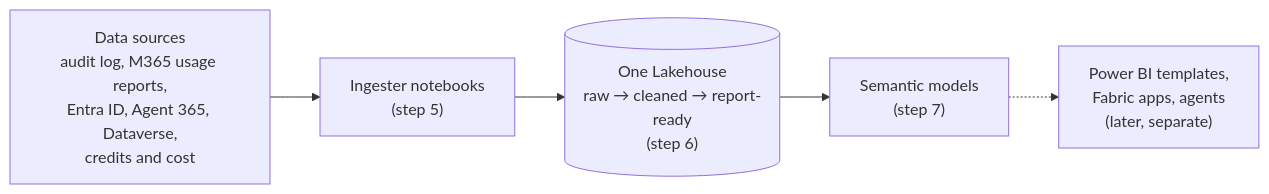
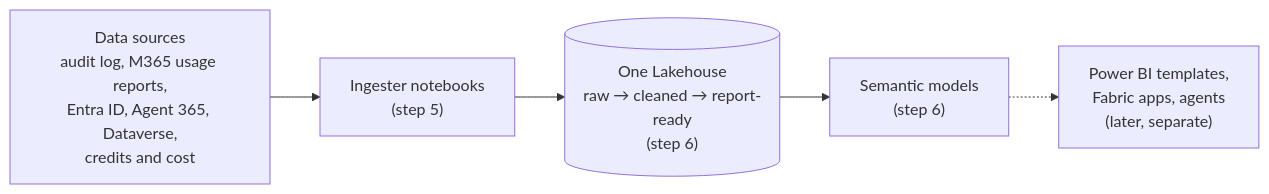
One commit to microsoft/universal-lake changed the diagram in README.md. Above: the diagram before and after it, drawn with Mermaid. The commit also changed other lines of this file and 29 other files, not shown here.

````diff
--- a/README.md
+++ b/README.md
@@ -15,7 +15,7 @@
 ```mermaid
 flowchart LR
   S["Data sources<br/>audit log, M365 usage reports,<br/>Entra ID, Agent 365, Dataverse,<br/>credits and cost"] --> N["Ingester notebooks<br/>(step 5)"]
   N --> L[("One Lakehouse<br/>raw → cleaned → report-ready<br/>(step 6)")]
-  L --> M["Semantic models<br/>(step 7)"]
+  L --> M["Semantic models<br/>(step 6)"]
   M -.-> U["Power BI templates,<br/>Fabric apps, agents<br/>(later, separate)"]
 ```
````
